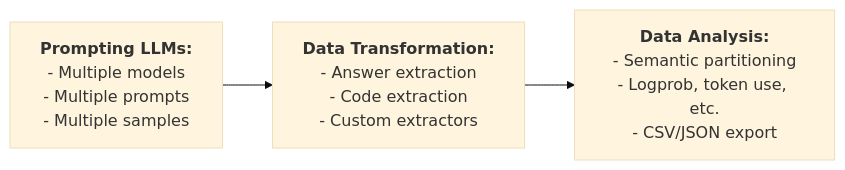
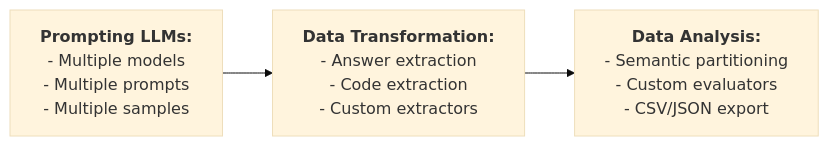
One commit to msv-lab/llm-play changed the diagram in README.md. Above: the diagram before and after it, drawn with Mermaid (base theme). The commit also changed other lines of this file, not shown here.

````diff
--- a/README.md
+++ b/README.md
@@ -5,14 +5,14 @@
 ```mermaid
 flowchart LR
     A["`**Prompting LLMs:**
     - Multiple models
     - Multiple prompts
     - Multiple samples`"] --> B["`**Data Transformation:**
     - Answer extraction
     - Code extraction
     - Custom extractors`"]
     B --> C["`**Data Analysis:**
     - Semantic partitioning
-    - Logprob, token use, etc.
+    - Custom evaluators
     - CSV/JSON export`"]
 ```
````
